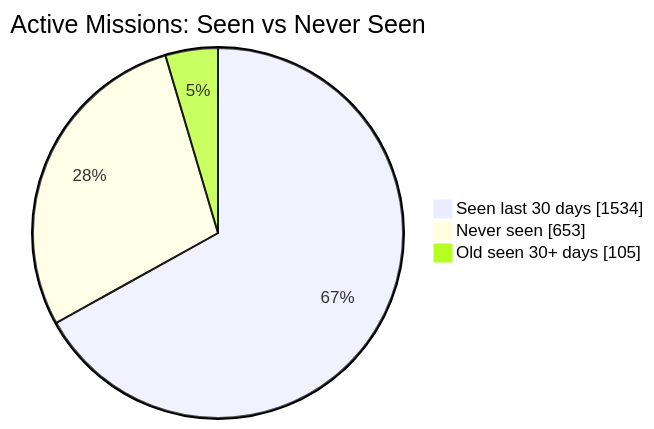
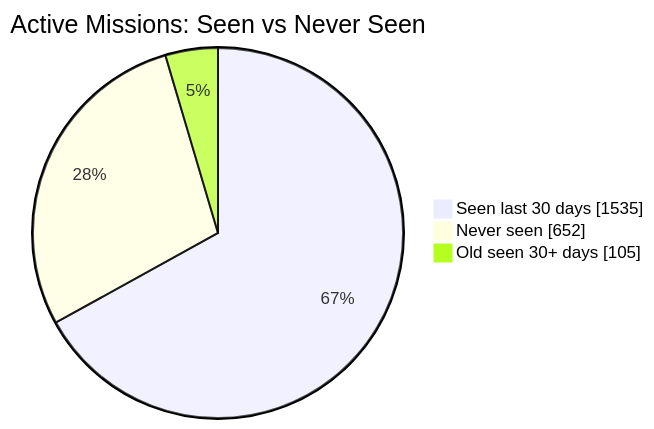
The first of 2 diagrams in README.md (MeldkamerspelGameTeam/active-missions), drawn with Mermaid before and after one commit. The commit also changed other lines of this file and 2 other files, not shown here.

````diff
--- a/README.md
+++ b/README.md
@@ -34,7 +34,7 @@
 ```mermaid
 pie showData
     title Active Missions: Seen vs Never Seen
-    "Seen last 30 days" : 1534
-    "Never seen" : 653
+    "Seen last 30 days" : 1535
+    "Never seen" : 652
     "Old seen 30+ days" : 105
 ```
````
